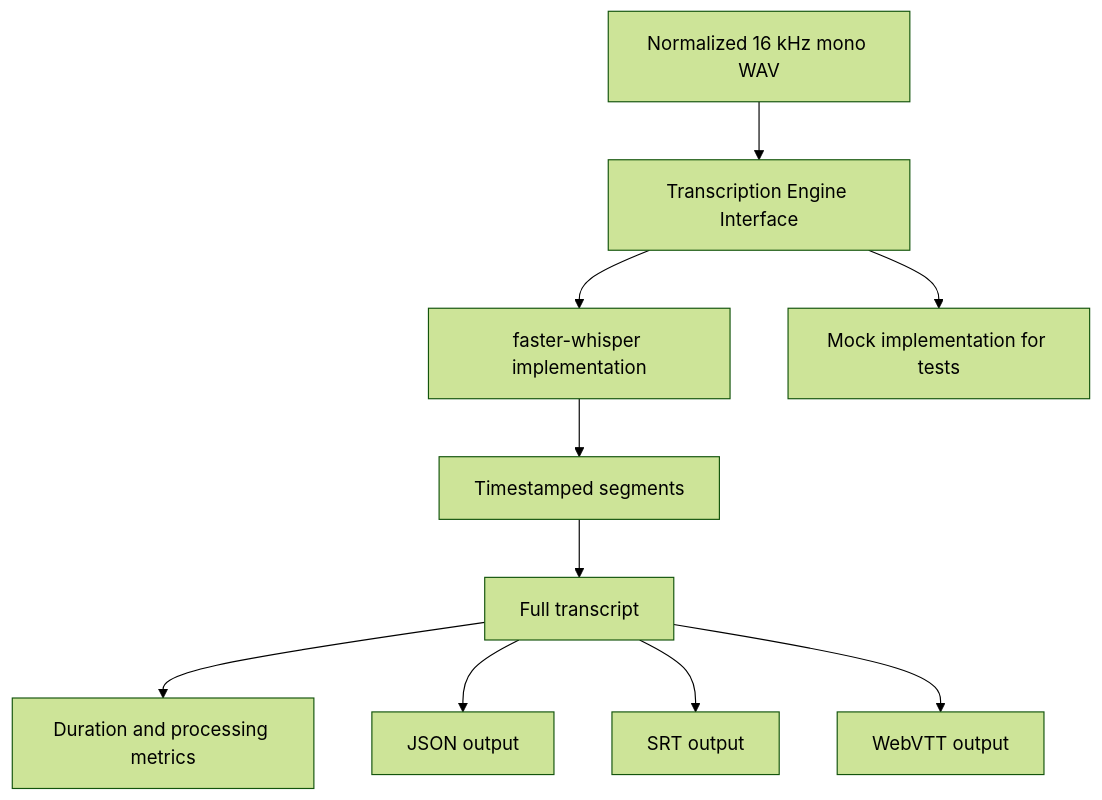
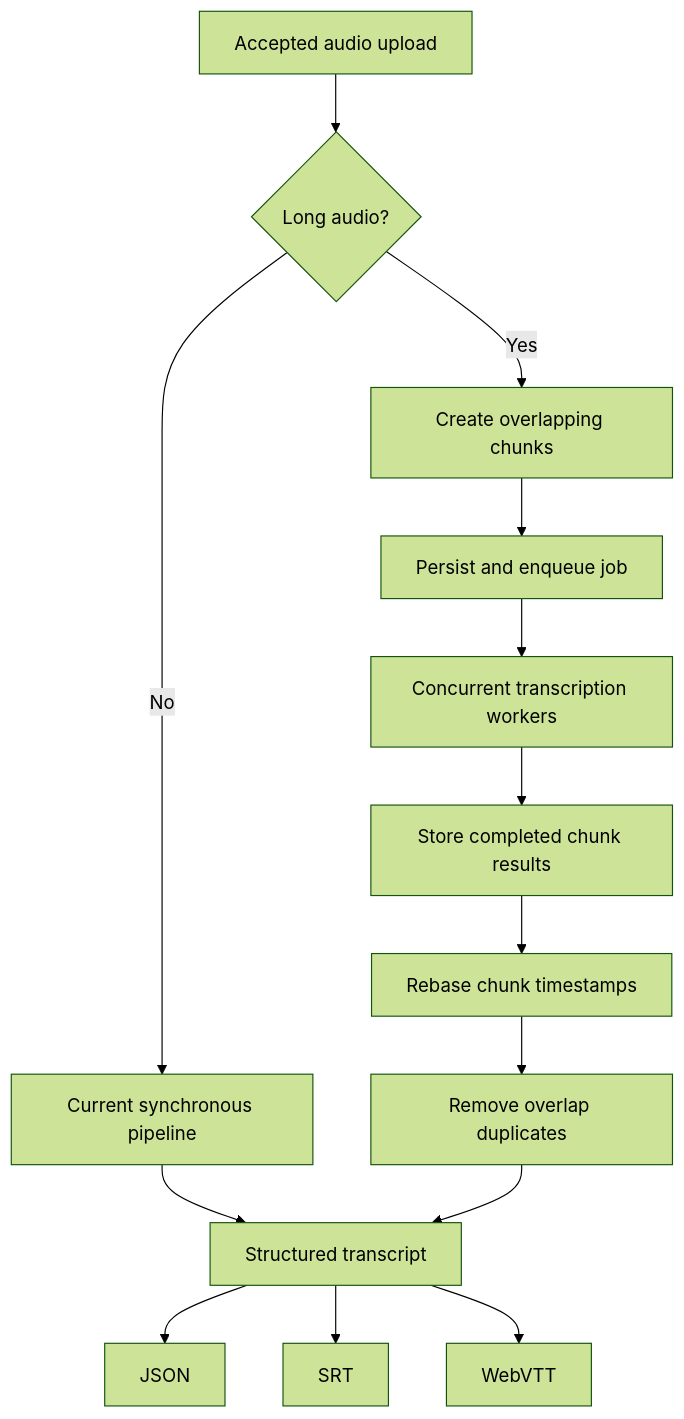
Before and after one commit to aizazmahmood/speech-transcription-service: the fifth of 5 diagrams in README.md, drawn with Mermaid (forest theme). The commit also changed other lines of this file and 16 other files, not shown here.

Commit message:
feat: add timestamped transcription pipeline

````diff
--- a/README.md
+++ b/README.md
@@ -311,14 +735,20 @@
 ```mermaid
 flowchart TD
-    NormalizedAudio[Normalized 16 kHz mono WAV]
-    NormalizedAudio --> Engine[Transcription Engine Interface]
-    Engine --> Whisper[faster-whisper implementation]
-    Engine --> Mock[Mock implementation for tests]
+    Upload[Accepted audio upload] --> Duration{Long audio?}
 
-    Whisper --> Segments[Timestamped segments]
-    Segments --> Transcript[Full transcript]
-    Transcript --> Metrics[Duration and processing metrics]
-    Transcript --> JSON[JSON output]
-    Transcript --> SRT[SRT output]
-    Transcript --> VTT[WebVTT output]
+    Duration -->|No| Direct[Current synchronous pipeline]
+    Duration -->|Yes| Chunk[Create overlapping chunks]
+
+    Chunk --> Queue[Persist and enqueue job]
+    Queue --> Workers[Concurrent transcription workers]
+    Workers --> Checkpoint[Store completed chunk results]
+    Checkpoint --> Merge[Rebase chunk timestamps]
+    Merge --> Dedupe[Remove overlap duplicates]
+
+    Direct --> Result[Structured transcript]
+    Dedupe --> Result
+
+    Result --> JSON[JSON]
+    Result --> SRT[SRT]
+    Result --> VTT[WebVTT]
 ```
````
